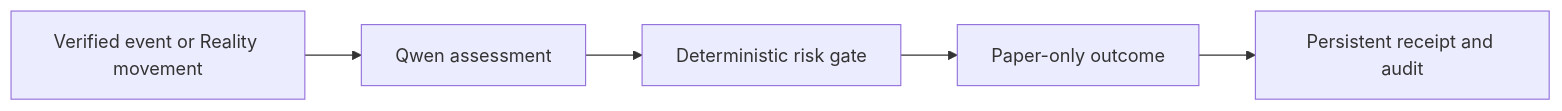
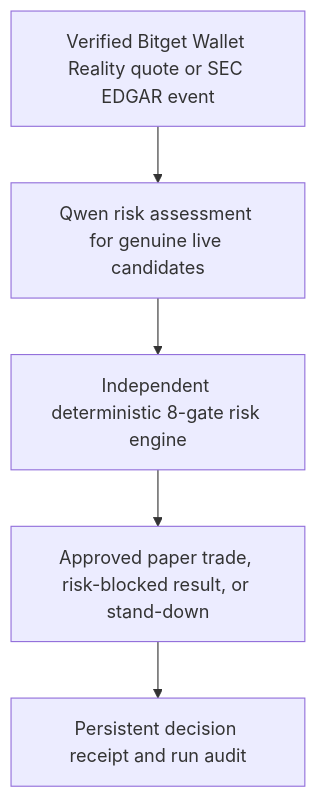
Before and after one commit to chyokore/noctive: the diagram in README.md, drawn with Mermaid. The commit also changed other lines of this file, not shown here.

````diff
--- a/README.md
+++ b/README.md
@@ -41,7 +53,7 @@
 ```mermaid
-flowchart LR
-    A["Verified event or Reality movement"] --> B["Qwen assessment"]
-    B --> C["Deterministic risk gate"]
-    C --> D["Paper-only outcome"]
-    D --> E["Persistent receipt and audit"]
+flowchart TD
+    A["Verified Bitget Wallet Reality quote or SEC EDGAR event"] --> B["Qwen risk assessment for genuine live candidates"]
+    B --> C["Independent deterministic 8-gate risk engine"]
+    C --> D["Approved paper trade, risk-blocked result, or stand-down"]
+    D --> E["Persistent decision receipt and run audit"]
 ```
````
